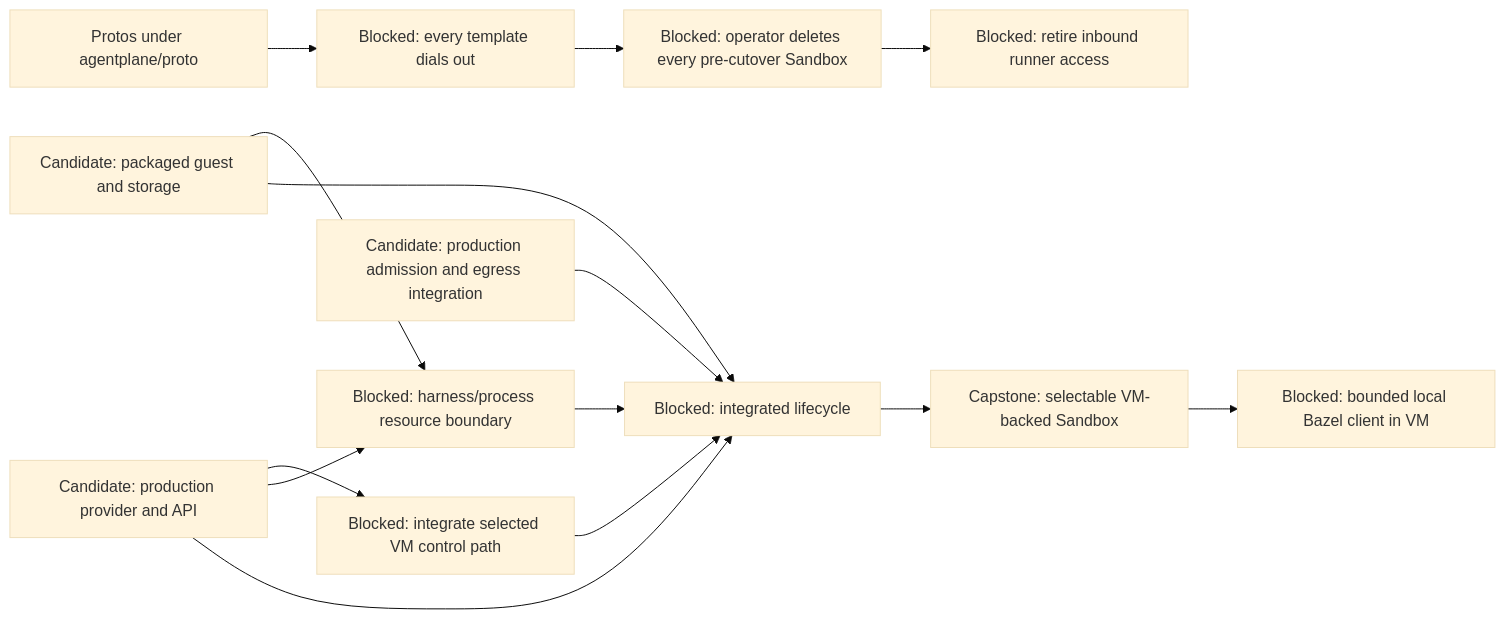
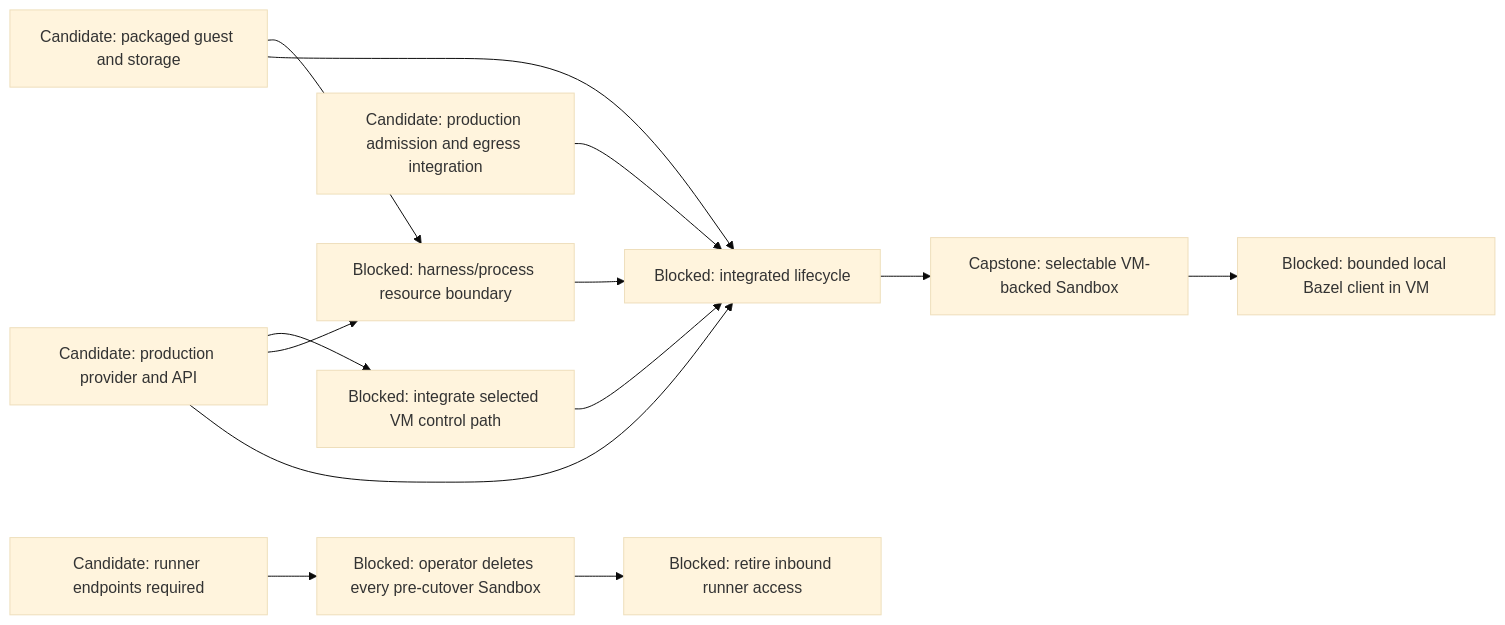
The sixth of 12 diagrams in agentplane/plans/task_dag.md (agentydragon-agent/ducktape), drawn with Mermaid (base theme) before and after one commit. The commit also changed other lines of this file and 14 other files, not shown here.

````diff
--- a/agentplane/plans/task_dag.md
+++ b/agentplane/plans/task_dag.md
@@ -323,23 +323,22 @@
 ```mermaid
 flowchart LR
-    RUNNER_OUTBOUND_ROLLOUT[Blocked: every template dials out]
+    RUNNER_OUTBOUND_ROLLOUT[Candidate: runner endpoints required]
     VM_CONTROL_NETWORKING[Blocked: integrate selected VM control path]
     VM_IMAGE[Candidate: packaged guest and storage]
     VM_PROVIDER[Candidate: production provider and API]
     VM_EGRESS[Candidate: production admission and egress integration]
     VM_PROCESS_ISOLATION[Blocked: harness/process resource boundary]
     VM_LIFECYCLE[Blocked: integrated lifecycle]
-    PROTO_DIRECTORY[Protos under agentplane/proto] --> RUNNER_OUTBOUND_ROLLOUT
     RUNNER_OUTBOUND_ROLLOUT --> LEGACY_SANDBOX_RETIRE[Blocked: operator deletes every pre-cutover Sandbox]
     LEGACY_SANDBOX_RETIRE --> RUNNER_INBOUND_RETIRE[Blocked: retire inbound runner access]
     VM_PROVIDER --> VM_CONTROL_NETWORKING
     VM_CONTROL_NETWORKING --> VM_LIFECYCLE
     VM_IMAGE --> VM_PROCESS_ISOLATION
     VM_PROVIDER --> VM_PROCESS_ISOLATION
     VM_IMAGE --> VM_LIFECYCLE
     VM_PROVIDER --> VM_LIFECYCLE
     VM_EGRESS --> VM_LIFECYCLE
     VM_PROCESS_ISOLATION --> VM_LIFECYCLE
     VM_LIFECYCLE --> SANDBOX_VM_ISOLATION[Capstone: selectable VM-backed Sandbox]
     SANDBOX_VM_ISOLATION --> LOCAL_BAZEL[Blocked: bounded local Bazel client in VM]
 ```
````
